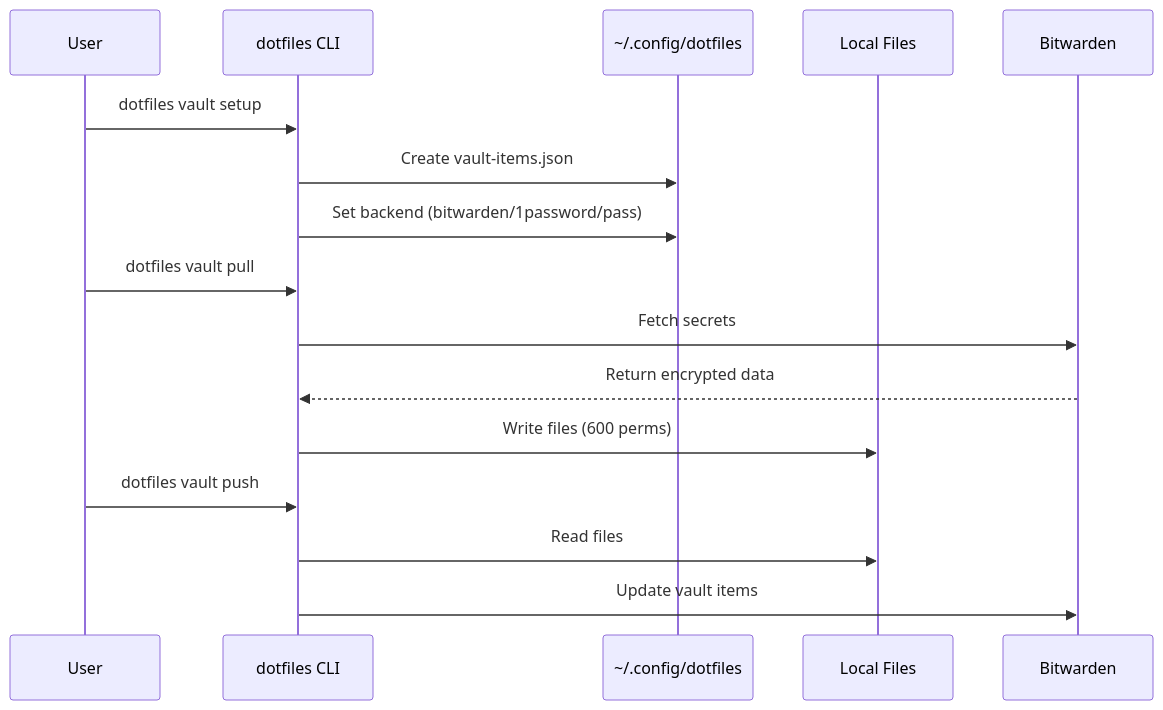
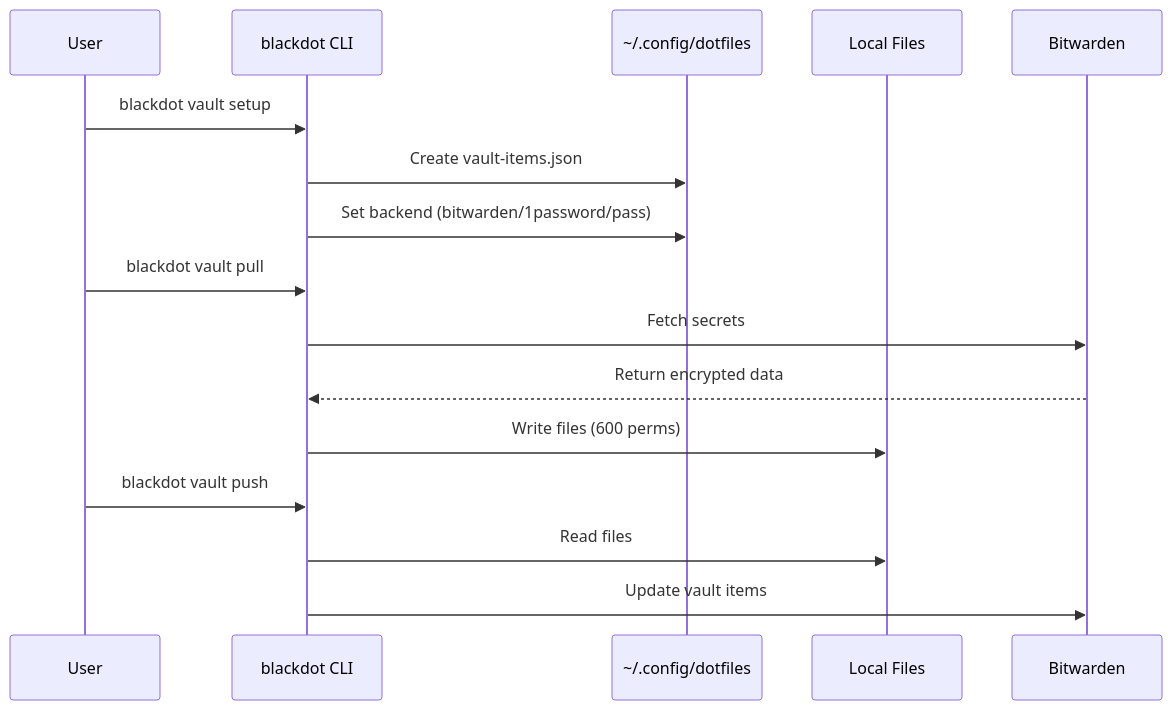
Before and after one commit to blackwell-systems/blackdot: the sixth of 10 diagrams in docs/architecture.md, drawn with Mermaid. The commit also changed other lines of this file and 83 other files, not shown here.

````diff
--- a/docs/architecture.md
+++ b/docs/architecture.md
@@ -457,21 +457,21 @@
 ```mermaid
 sequenceDiagram
     participant User
-    participant CLI as dotfiles CLI
+    participant CLI as blackdot CLI
     participant Config as ~/.config/dotfiles
     participant Local as Local Files
     participant BW as Bitwarden
 
-    User->>CLI: dotfiles vault setup
+    User->>CLI: blackdot vault setup
     CLI->>Config: Create vault-items.json
     CLI->>Config: Set backend (bitwarden/1password/pass)
 
-    User->>CLI: dotfiles vault pull
+    User->>CLI: blackdot vault pull
     CLI->>BW: Fetch secrets
     BW-->>CLI: Return encrypted data
     CLI->>Local: Write files (600 perms)
 
-    User->>CLI: dotfiles vault push
+    User->>CLI: blackdot vault push
     CLI->>Local: Read files
     CLI->>BW: Update vault items
 ```
````
